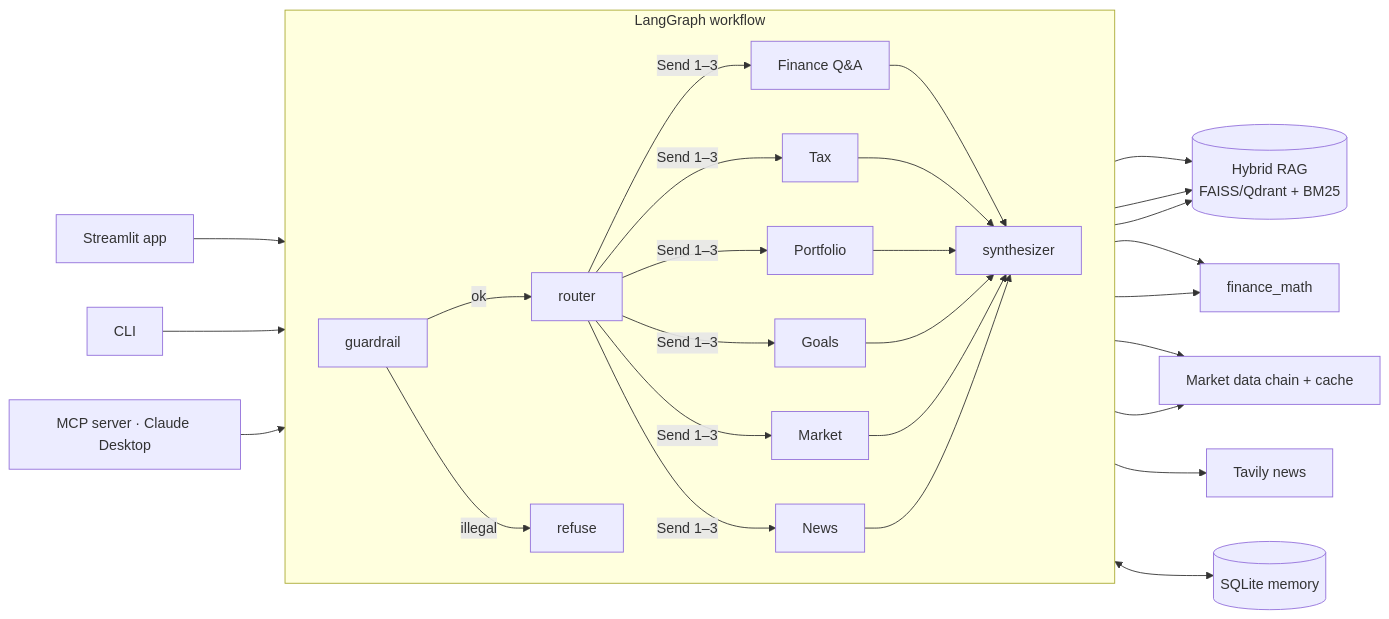
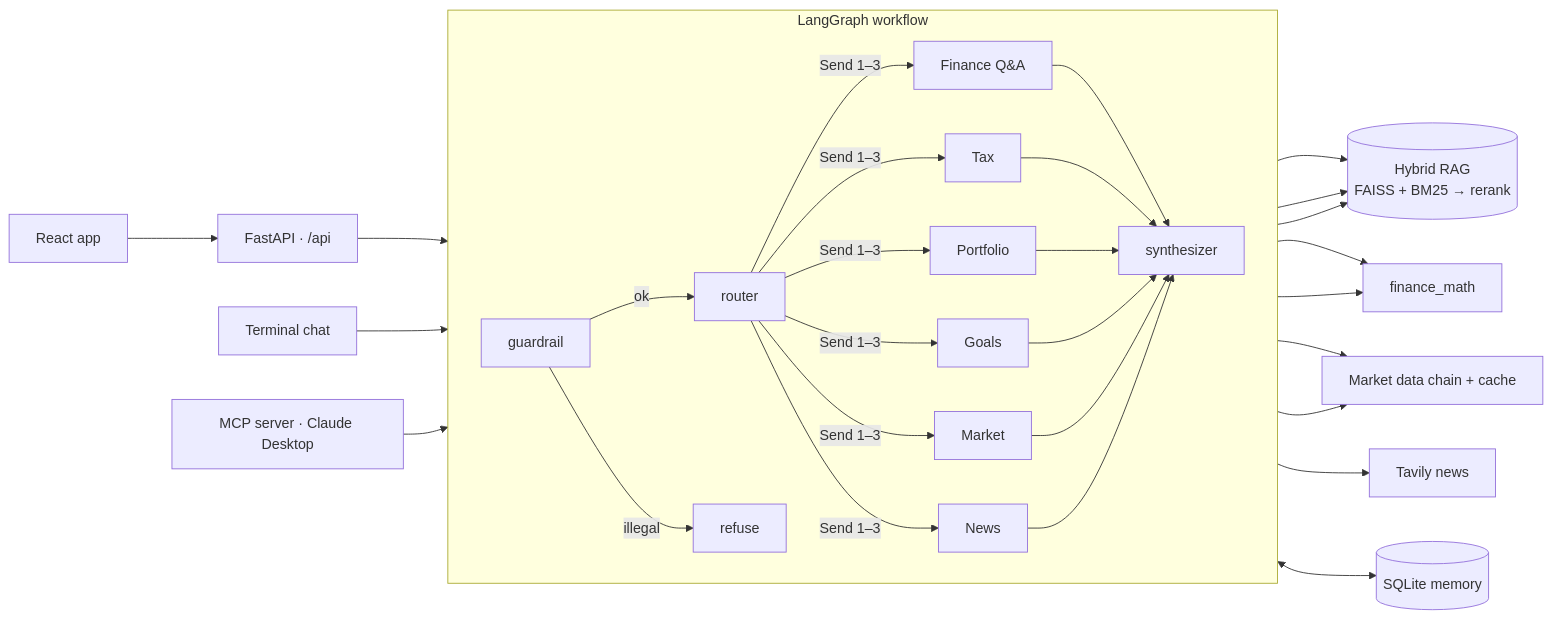
Before and after one commit to Akshitmodi11/AI_FInance_Assistance: the diagram in README.md, drawn with Mermaid. The commit also changed other lines of this file and 42 other files, not shown here.

Commit message:
React + FastAPI web app, new README with screenshots, updated docs

````diff
--- a/README.md
+++ b/README.md
@@ -24,18 +97,18 @@
 ```mermaid
 flowchart LR
-    UI[Streamlit app] --> G
-    CLI[CLI] --> G
+    UI[React app] --> API[FastAPI · /api] --> G
+    CLI[Terminal chat] --> G
     MCP[MCP server · Claude Desktop] --> G
     subgraph G[LangGraph workflow]
         direction LR
         GR[guardrail] -->|ok| R[router]
         GR -->|illegal| X[refuse]
         R -->|Send 1–3| A1[Finance Q&A] & A2[Tax] & A3[Portfolio] & A4[Goals] & A5[Market] & A6[News]
         A1 & A2 & A3 & A4 & A5 & A6 --> S[synthesizer]
     end
-    A1 & A2 & A3 --> RAG[(Hybrid RAG<br/>FAISS/Qdrant + BM25)]
+    A1 & A2 & A3 --> RAG[(Hybrid RAG<br/>FAISS + BM25 → rerank)]
     A3 & A4 --> FM[finance_math]
     A3 & A5 --> MD[Market data chain + cache]
     A6 --> NW[Tavily news]
     G <--> CP[(SQLite memory)]
 ```
````
